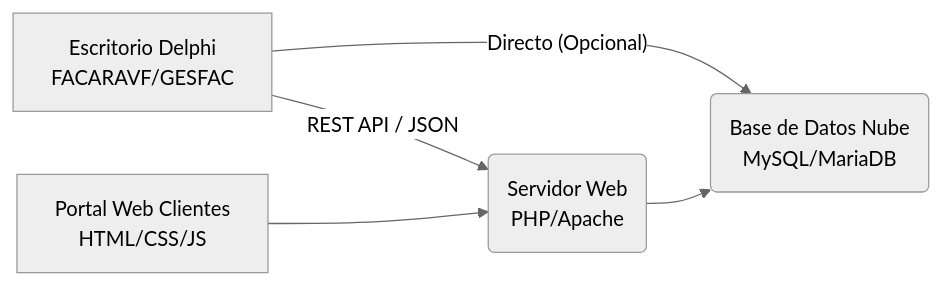
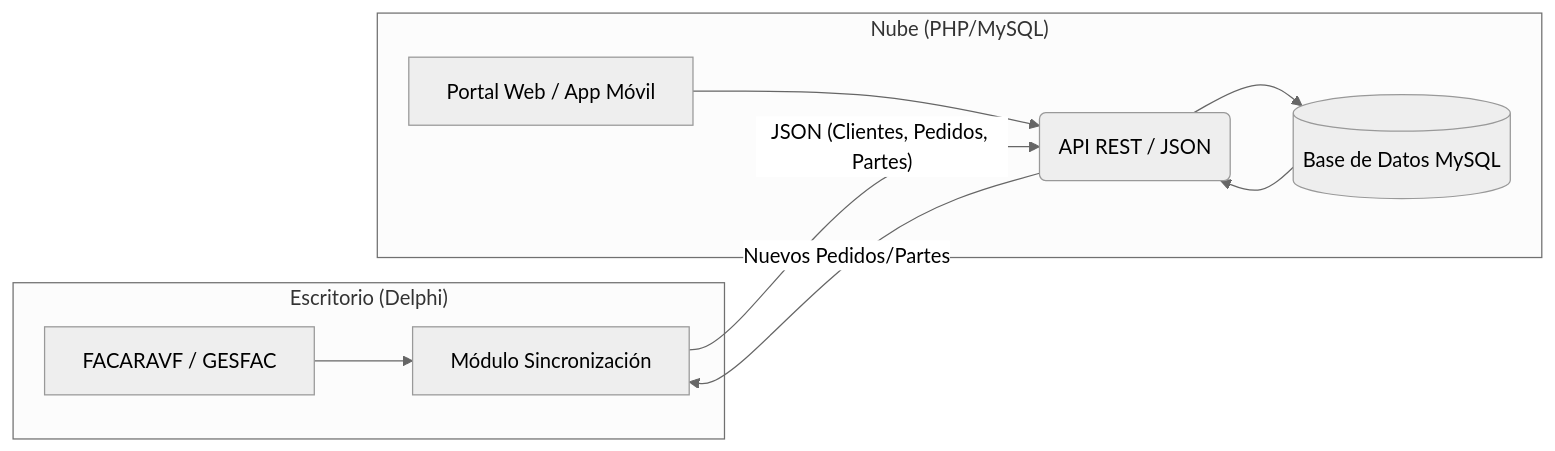
One commit to malobo/ArainforIA changed the diagram in CLOUD_INTEGRATION.md. Above: the diagram before and after it, drawn with Mermaid (neutral theme). The commit also changed other lines of this file and 2 other files, not shown here.

Commit message:
docs: expand cloud architecture to multi-entity sync (CRM/ERP/FieldService)

````diff
--- a/CLOUD_INTEGRATION.md
+++ b/CLOUD_INTEGRATION.md
@@ -9,11 +9,20 @@
 ```mermaid
 graph LR
-    A[Escritorio Delphi
-FACARAVF/GESFAC] -- REST API / JSON --> B(Servidor Web
-PHP/Apache)
-    A -- Directo (Opcional) --> C(Base de Datos Nube
-MySQL/MariaDB)
+    subgraph "Escritorio (Delphi)"
+        A[FACARAVF / GESFAC]
+        D[Módulo Sincronización]
+    end
+    
+    subgraph "Nube (PHP/MySQL)"
+        B(API REST / JSON)
+        C[(Base de Datos MySQL)]
+        W[Portal Web / App Móvil]
+    end
+
+    A --> D
+    D -- "JSON (Clientes, Pedidos, Partes)" --> B
     B --> C
-    D[Portal Web Clientes
-HTML/CSS/JS] --> B
+    C --> B
+    B -- "Nuevos Pedidos/Partes" --> D
+    W --> B
 ```
````
